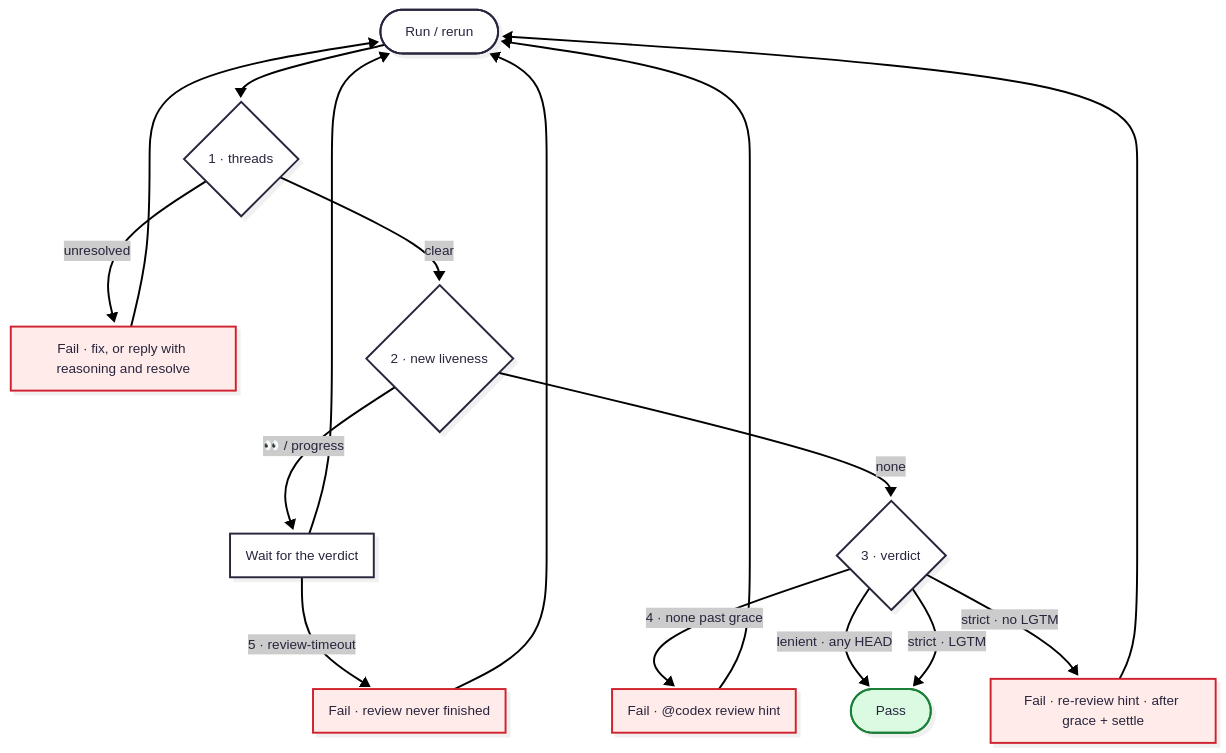
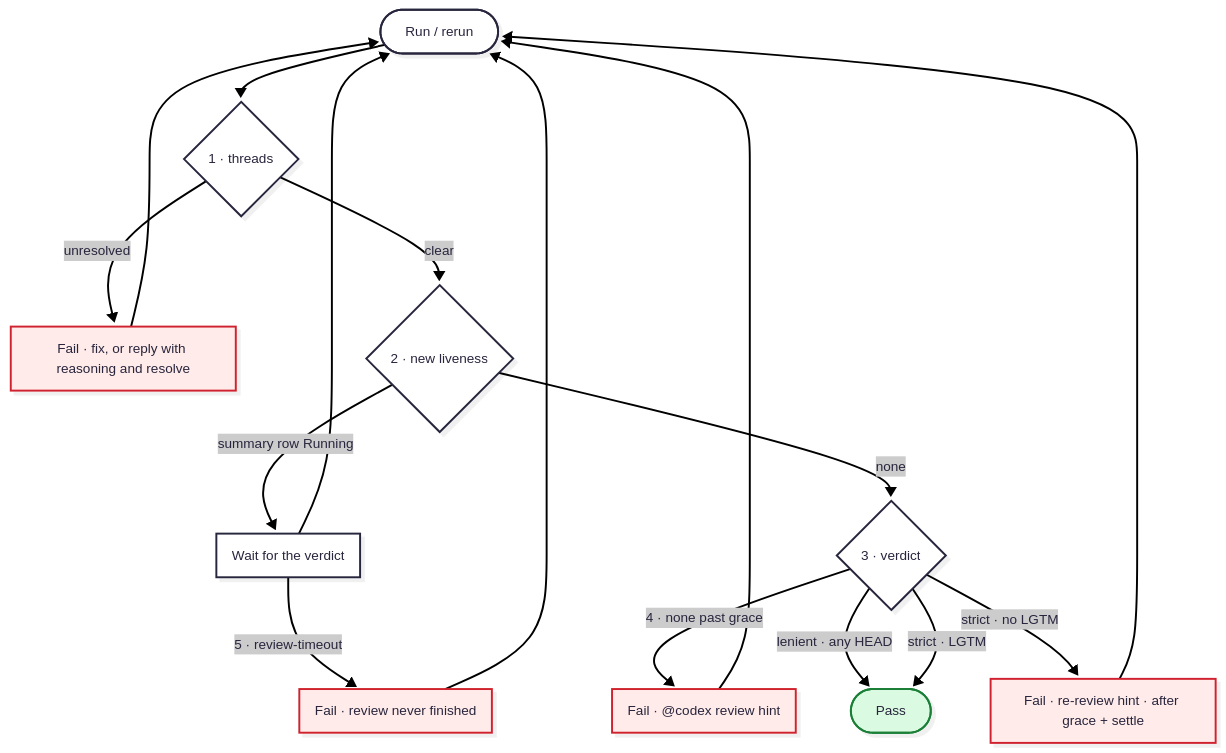
Before and after one commit to kkkiio/codex-review-check: the diagram in README.md, drawn with Mermaid. The commit also changed other lines of this file and 14 other files, not shown here.

Commit message:
feat: read liveness from the Codex Review Summary Code Review row

````diff
--- a/README.md
+++ b/README.md
@@ -36,27 +36,27 @@
 ```mermaid
 ---
 config:
   look: neo
   theme: redux
 ---
 flowchart TB
     A([Run / rerun]) --> B{1 · threads}
     B -- unresolved --> C[Fail · fix, or reply with reasoning and resolve]
     C --> A
     B -- clear --> D{2 · new liveness}
-    D -- "👀 / progress" --> E[Wait for the verdict]
+    D -- "summary row Running" --> E[Wait for the verdict]
     E --> A
     E -- "5 · review-timeout" --> J[Fail · review never finished]
     J --> A
     D -- none --> F{3 · verdict}
     F -- "4 · none past grace" --> G[Fail · @codex review hint]
     G --> A
     F -- "lenient · any HEAD" --> H([Pass])
     F -- "strict · LGTM" --> H
     F -- "strict · no LGTM" --> I[Fail · re-review hint · after grace + settle]
     I --> A
     classDef pass fill:#dafbe1,stroke:#1a7f37
     classDef fail fill:#ffebe9,stroke:#cf222e
     class H pass
     class C,G,I,J fail
 ```
````
